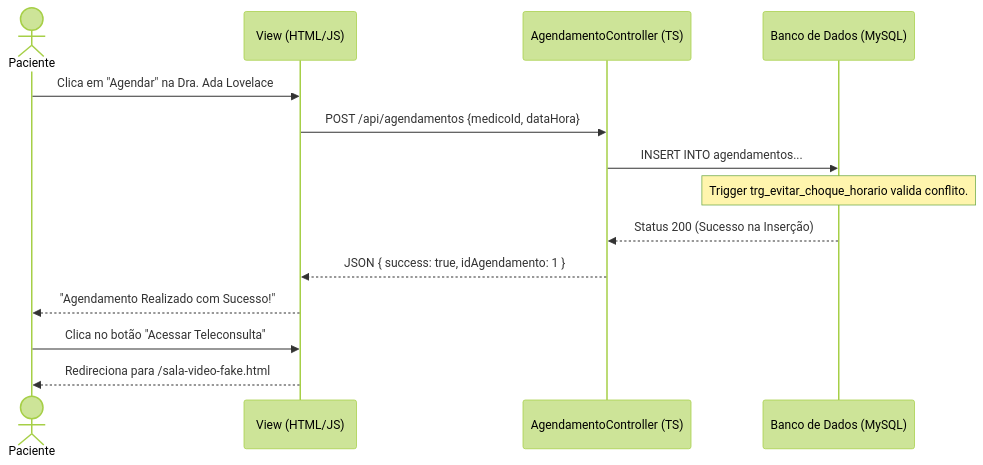
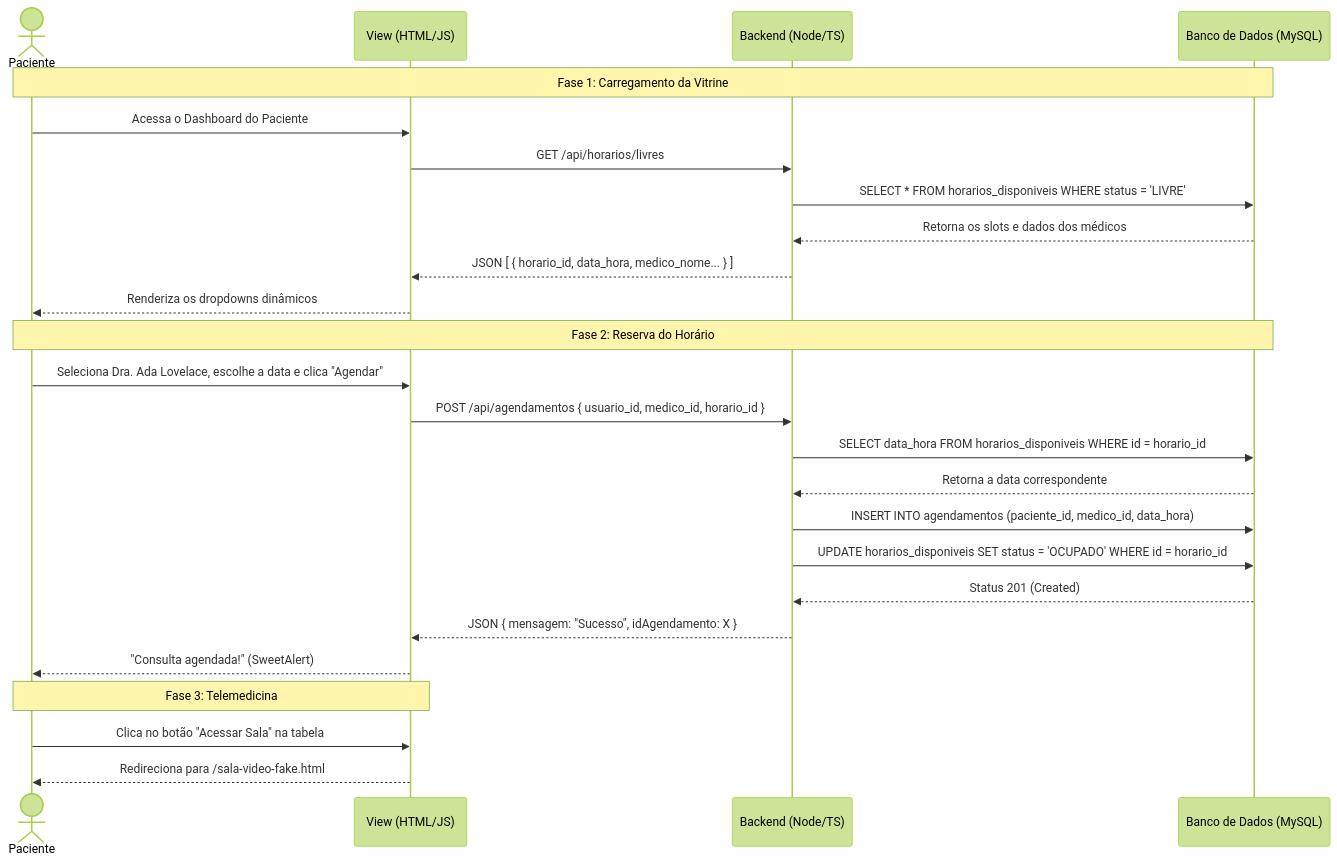
Before and after one commit to GuilhermeSilva-25/active-age: the second of 2 diagrams in 2-Semestre/docs/uml-e-fluxos.md, drawn with Mermaid (forest theme).

Commit message:
docs(uml): atualiza diagrama de sequencia com o novo fluxo de agendamento dinamico

````diff
--- a/2-Semestre/docs/uml-e-fluxos.md
+++ b/2-Semestre/docs/uml-e-fluxos.md
@@ -51,17 +51,33 @@
 ```mermaid
 sequenceDiagram
     actor P as Paciente
     participant F as View (HTML/JS)
-    participant API as AgendamentoController (TS)
+    participant API as Backend (Node/TS)
     participant DAO as Banco de Dados (MySQL)
 
-    P->>F: Clica em "Agendar" na Dra. Ada Lovelace
-    F->>API: POST /api/agendamentos {medicoId, dataHora}
-    API->>DAO: INSERT INTO agendamentos...
-    Note over DAO: Trigger trg_evitar_choque_horario valida conflito.
-    DAO-->>API: Status 200 (Sucesso na Inserção)
-    API-->>F: JSON { success: true, idAgendamento: 1 }
-    F-->>P: "Agendamento Realizado com Sucesso!"
-    P->>F: Clica no botão "Acessar Teleconsulta"
+    Note over P,DAO: Fase 1: Carregamento da Vitrine
+    P->>F: Acessa o Dashboard do Paciente
+    F->>API: GET /api/horarios/livres
+    API->>DAO: SELECT * FROM horarios_disponiveis WHERE status = 'LIVRE'
+    DAO-->>API: Retorna os slots e dados dos médicos
+    API-->>F: JSON [ { horario_id, data_hora, medico_nome... } ]
+    F-->>P: Renderiza os dropdowns dinâmicos
+
+    Note over P,DAO: Fase 2: Reserva do Horário
+    P->>F: Seleciona Dra. Ada Lovelace, escolhe a data e clica "Agendar"
+    F->>API: POST /api/agendamentos { usuario_id, medico_id, horario_id }
+    
+    API->>DAO: SELECT data_hora FROM horarios_disponiveis WHERE id = horario_id
+    DAO-->>API: Retorna a data correspondente
+    
+    API->>DAO: INSERT INTO agendamentos (paciente_id, medico_id, data_hora)
+    API->>DAO: UPDATE horarios_disponiveis SET status = 'OCUPADO' WHERE id = horario_id
+    
+    DAO-->>API: Status 201 (Created)
+    API-->>F: JSON { mensagem: "Sucesso", idAgendamento: X }
+    F-->>P: "Consulta agendada!" (SweetAlert)
+    
+    Note over P,F: Fase 3: Telemedicina
+    P->>F: Clica no botão "Acessar Sala" na tabela
     F-->>P: Redireciona para /sala-video-fake.html
 ```
````
